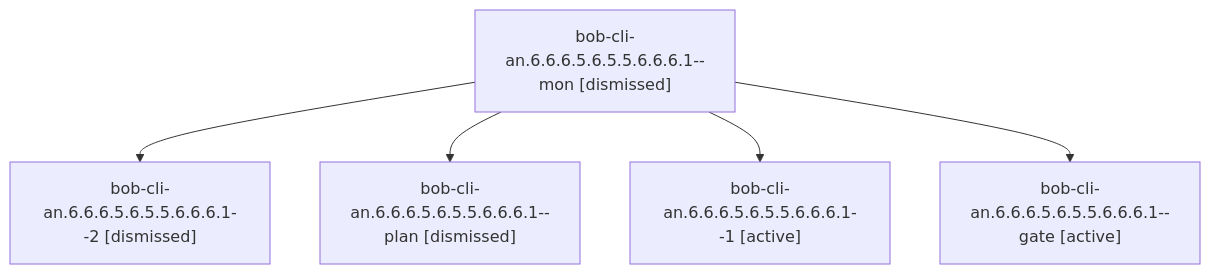
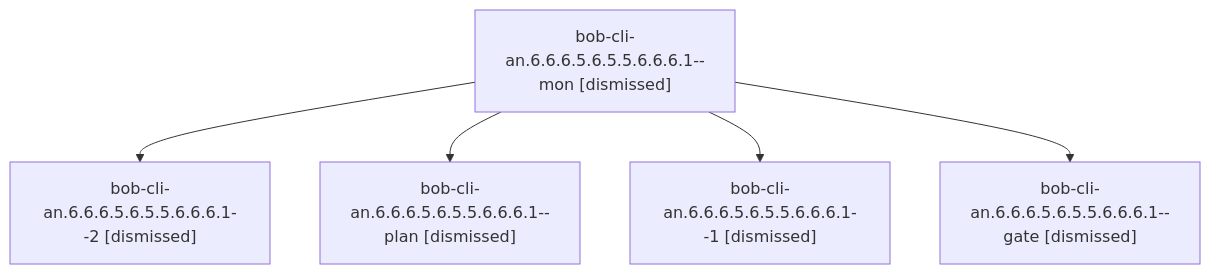
One commit to bobs-org/bob-cli--agents changed the diagram in sessions/bbugyi200.athena.bob-cli-an.6.6.6.5.6.5.5.6.6.6.1.md. Above: the diagram before and after it, drawn with Mermaid. The commit also changed other lines of this file and 557 other files, not shown here.

````diff
--- a/sessions/bbugyi200.athena.bob-cli-an.6.6.6.5.6.5.5.6.6.6.1.md
+++ b/sessions/bbugyi200.athena.bob-cli-an.6.6.6.5.6.5.5.6.6.6.1.md
@@ -9,12 +9,12 @@
 ```mermaid
 flowchart TD
   n0["bob-cli-an.6.6.6.5.6.5.5.6.6.6.1--mon [dismissed]"]
   n1["bob-cli-an.6.6.6.5.6.5.5.6.6.6.1--2 [dismissed]"]
   n0 --> n1
   n2["bob-cli-an.6.6.6.5.6.5.5.6.6.6.1--plan [dismissed]"]
   n0 --> n2
-  n3["bob-cli-an.6.6.6.5.6.5.5.6.6.6.1--1 [active]"]
+  n3["bob-cli-an.6.6.6.5.6.5.5.6.6.6.1--1 [dismissed]"]
   n0 --> n3
-  n4["bob-cli-an.6.6.6.5.6.5.5.6.6.6.1--gate [active]"]
+  n4["bob-cli-an.6.6.6.5.6.5.5.6.6.6.1--gate [dismissed]"]
   n0 --> n4
 ```
````
